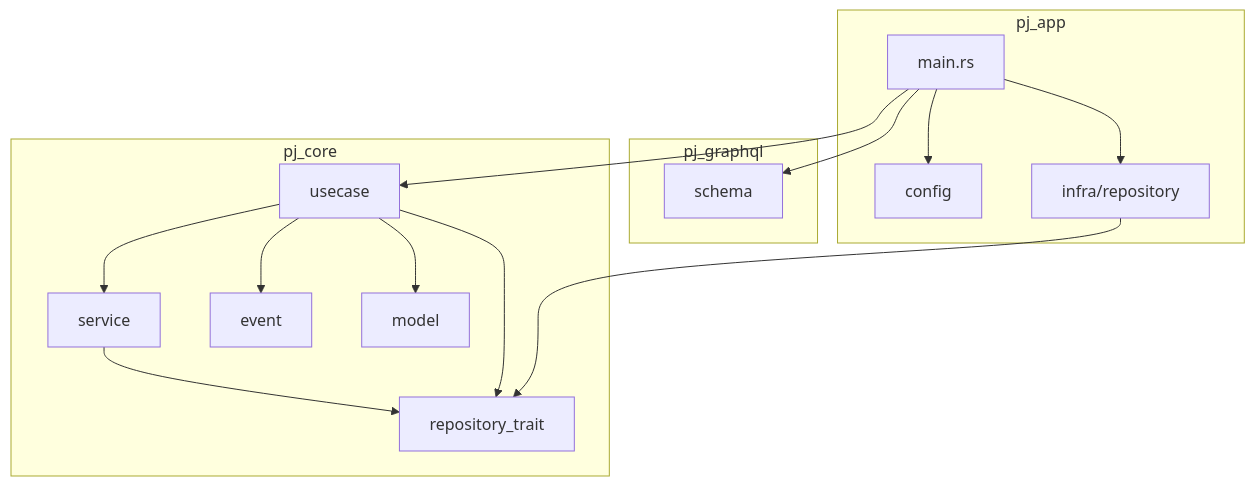
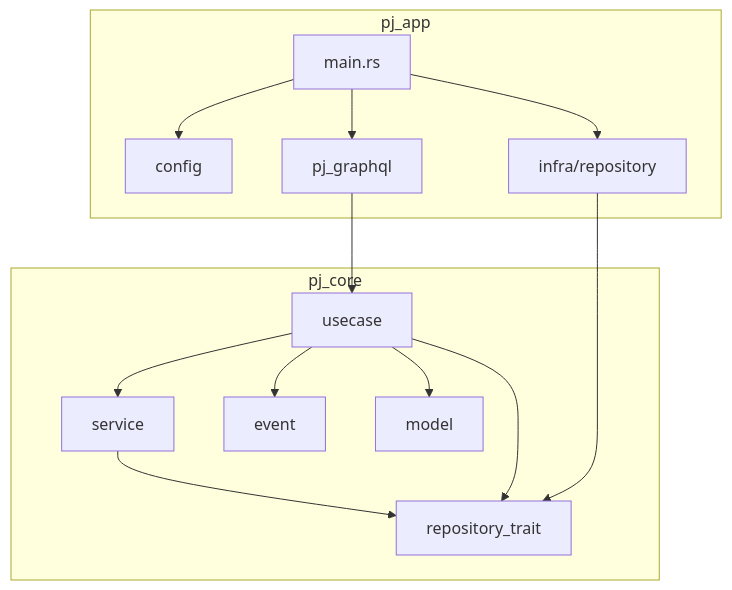
Before and after one commit to foolishell/rust-async-graphql-sample: the third of 3 diagrams in README.md, drawn with Mermaid. The commit also changed 2 other files, not shown here.

Commit message:
remove: pj_graphql

````diff
--- a/README.md
+++ b/README.md
@@ -52,26 +52,23 @@
 ```mermaid
 graph TD;
     subgraph pj_app
         main.rs --> config;
         main.rs --> infra/repository;
-    end
-    subgraph pj_graphql
-        schema;
+        main.rs --> pj_graphql;
     end
     subgraph pj_core
         usecase;
         service;
         event;
         model;
         repository_trait;
         service-->repository_trait;
     end
 
-    main.rs --> schema;
-    main.rs --> usecase;
+    pj_graphql --> usecase;
     usecase --> service;
     usecase --> repository_trait;
     usecase --> event;
     usecase --> model;
     infra/repository --> repository_trait;
 ```
````
